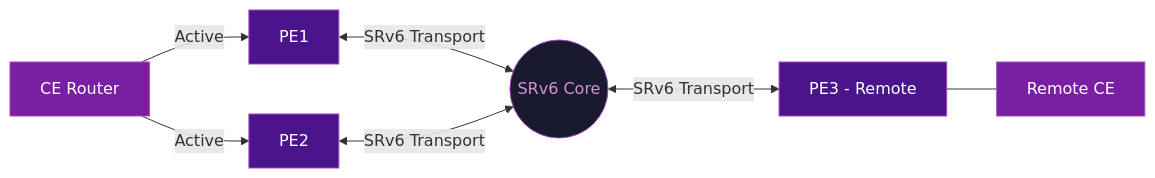
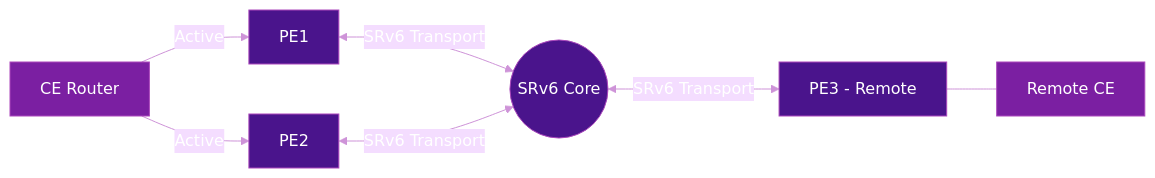
Before and after one commit to eldaninavas/srv6.md: the diagram in docs/topics/evpn-multihoming.md, drawn with Mermaid. The commit also changed 26 other files, not shown here.

First line of the commit message:
fix: Mermaid diagram text visibility in light mode + categorize RFC nav

````diff
--- a/docs/topics/evpn-multihoming.md
+++ b/docs/topics/evpn-multihoming.md
@@ -23,16 +23,17 @@
 ```mermaid
+%%{init: {"theme": "base", "themeVariables": {"primaryTextColor": "#fff", "lineColor": "#ce93d8", "textColor": "#fff"}}}%%
 graph LR
     CE[CE Router] -->|Active| PE1[PE1]
     CE -->|Active| PE2[PE2]
     PE1 <-->|SRv6 Transport| CORE((SRv6 Core))
     PE2 <-->|SRv6 Transport| CORE
     CORE <-->|SRv6 Transport| PE3[PE3 - Remote]
     PE3 --- RCE[Remote CE]
 
     style CE fill:#7b1fa2,color:#fff,stroke:#ab47bc
     style PE1 fill:#4a148c,color:#fff,stroke:#ab47bc
     style PE2 fill:#4a148c,color:#fff,stroke:#ab47bc
     style PE3 fill:#4a148c,color:#fff,stroke:#ab47bc
-    style CORE fill:#1a1a2e,color:#ce93d8,stroke:#ab47bc
+    style CORE fill:#4a148c,color:#fff,stroke:#ab47bc
     style RCE fill:#7b1fa2,color:#fff,stroke:#ab47bc
 ```
````
